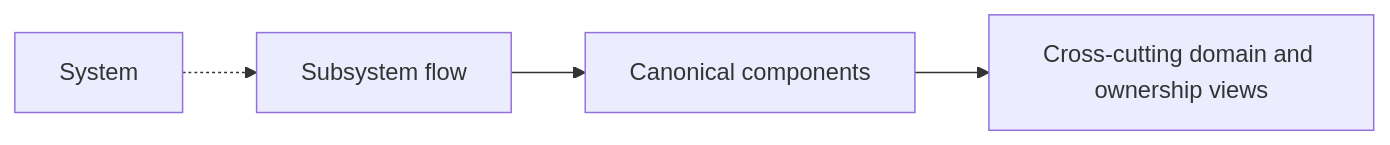
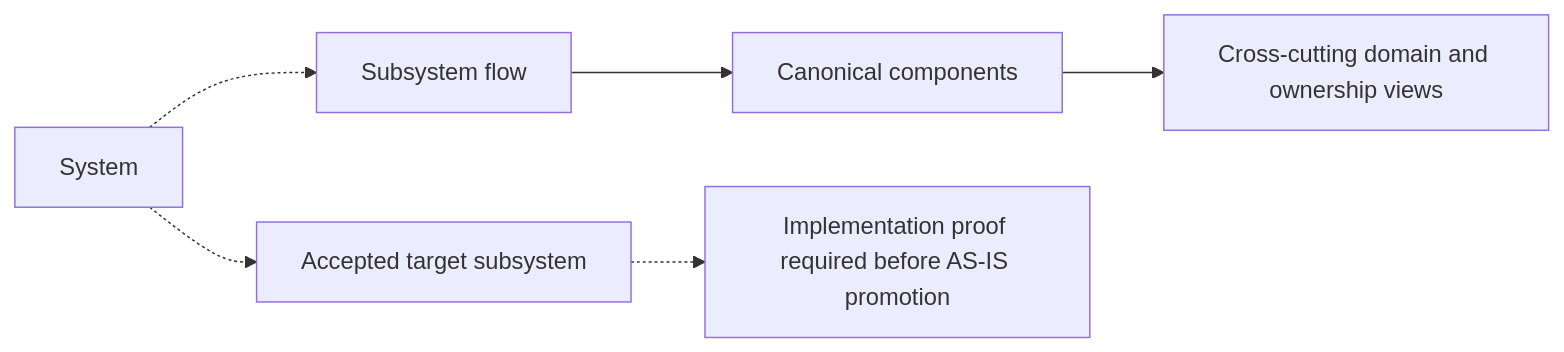
One commit to dunay2/dvt changed the diagram in docs/architecture/system/subsystems/index.md. Above: the diagram before and after it, drawn with Mermaid. The commit also changed other lines of this file and 7 other files, not shown here.

First line of the commit message:
docs(architecture): Adopt Substrait semantic reference and capability dictionary (#2644)

````diff
--- a/docs/architecture/system/subsystems/index.md
+++ b/docs/architecture/system/subsystems/index.md
@@ -37,6 +50,8 @@
 ```mermaid
 flowchart LR
   System["System"] -.-> Subsystem["Subsystem flow"]
   Subsystem --> Components["Canonical components"]
   Components --> Domains["Cross-cutting domain and ownership views"]
+  System -.-> Target["Accepted target subsystem"]
+  Target -.-> Evidence["Implementation proof required before AS-IS promotion"]
 ```
````
